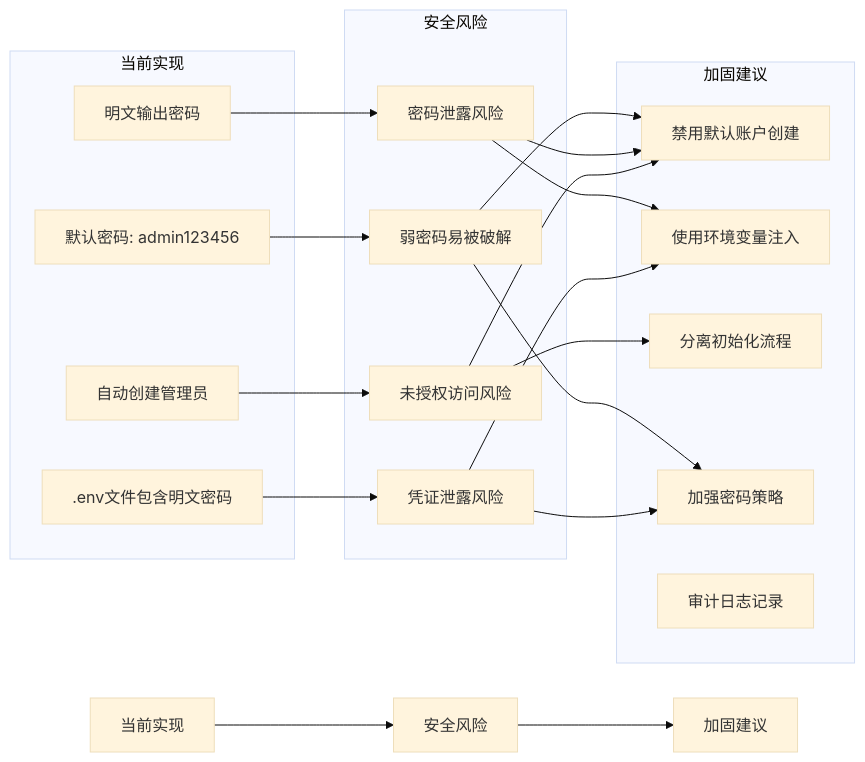
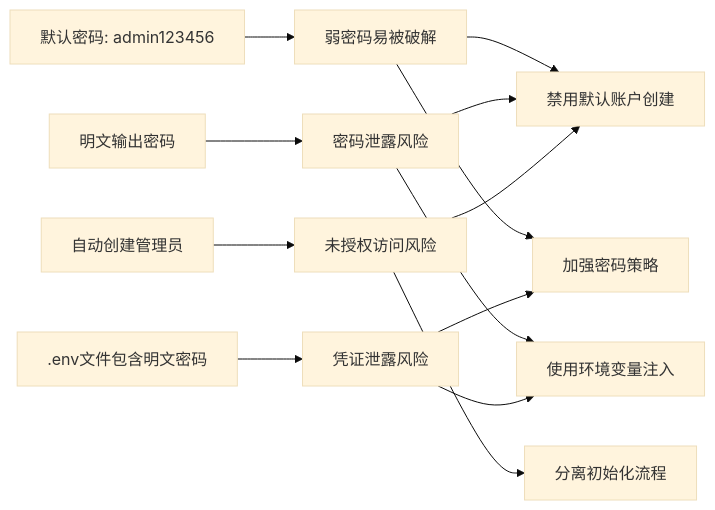
The fifth of 5 diagrams in wiki/数据库设计/初始化脚本.md (xingranya/CervixDetectAI), drawn with Mermaid (base theme) before and after one commit. The commit also changed other lines of this file and 35 other files, not shown here.

First line of the commit message:
docs(readme): 优化并统一项目文档中的流程图与说明

````diff
--- a/wiki/数据库设计/初始化脚本.md
+++ b/wiki/数据库设计/初始化脚本.md
@@ -145,28 +145,15 @@
 ```mermaid
 flowchart LR
-A[当前实现] --> B[安全风险]
-B --> C[加固建议]
-subgraph 当前实现
-A1["默认密码: admin123456"]
-A2["明文输出密码"]
-A3["自动创建管理员"]
-A4[".env文件包含明文密码"]
-end
-subgraph 安全风险
-B1["弱密码易被破解"]
-B2["密码泄露风险"]
-B3["未授权访问风险"]
-B4["凭证泄露风险"]
-end
-subgraph 加固建议
-C1["禁用默认账户创建"]
-C2["使用环境变量注入"]
-C3["分离初始化流程"]
-C4["加强密码策略"]
-C5["审计日志记录"]
-end
-A1 --> B1 --> C1 & C4
-A2 --> B2 --> C1 & C2
-A3 --> B3 --> C1 & C3
-A4 --> B4 --> C2 & C4
+A1["默认密码: admin123456"] --> B1["弱密码易被破解"]
+A2["明文输出密码"] --> B2["密码泄露风险"]
+A3["自动创建管理员"] --> B3["未授权访问风险"]
+A4[".env文件包含明文密码"] --> B4["凭证泄露风险"]
+B1 --> C1["禁用默认账户创建"]
+B1 --> C4["加强密码策略"]
+B2 --> C1
+B2 --> C2["使用环境变量注入"]
+B3 --> C1
+B3 --> C3["分离初始化流程"]
+B4 --> C2
+B4 --> C4
 ```
````
